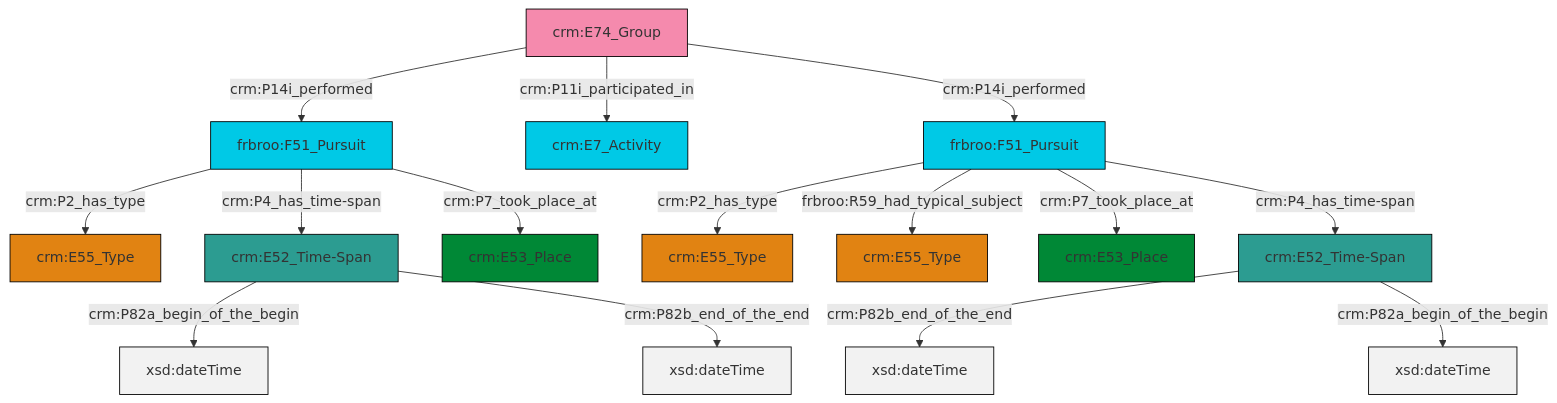
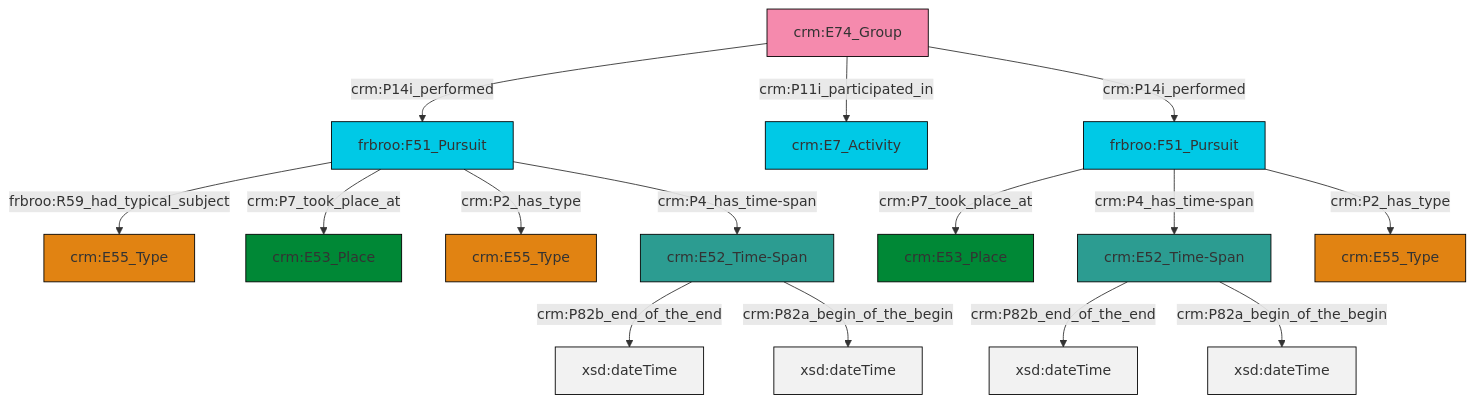
The diagram in et/groupCSV/ttl/mmd/group_events.ttl.mmd (swiss-art-research-net/docs.swissartresearch), drawn with Mermaid before and after one commit. The commit also changed 218 other files, not shown here.

```diff
--- a/et/groupCSV/ttl/mmd/group_events.ttl.mmd
+++ b/et/groupCSV/ttl/mmd/group_events.ttl.mmd
@@ -1,29 +1,29 @@
 graph TD
 classDef Literal fill:#f2f2f2,stroke:#000000;
 classDef CRM_Entity fill:#FFFFFF,stroke:#000000;
 classDef Temporal_Entity fill:#00C9E6, stroke:#000000;
 classDef Type fill:#E18312, stroke:#000000;
 classDef Time-Span fill:#2C9C91, stroke:#000000;
 classDef Appellation fill:#FFEB7F, stroke:#000000;
 classDef Place fill:#008836, stroke:#000000;
 classDef Persistent_Item fill:#B266B2, stroke:#000000;
 classDef Conceptual_Object fill:#FFD700, stroke:#000000;
 classDef Physical_Thing fill:#D2B48C, stroke:#000000;
 classDef Actor fill:#f58aad, stroke:#000000;
 classDef PC_Classes fill:#4ce600, stroke:#000000;
 classDef Multi fill:#cccccc,stroke:#000000;
 
-0["frbroo:F51_Pursuit"]:::Temporal_Entity -->|crm:P2_has_type| 1["crm:E55_Type"]:::Type
-4["crm:E74_Group"]:::Actor -->|crm:P14i_performed| 5["frbroo:F51_Pursuit"]:::Temporal_Entity
-6["crm:E52_Time-Span"]:::Time-Span -->|crm:P82a_begin_of_the_begin| 7[xsd:dateTime]:::Literal
-0["frbroo:F51_Pursuit"]:::Temporal_Entity -->|frbroo:R59_had_typical_subject| 8["crm:E55_Type"]:::Type
+0["crm:E52_Time-Span"]:::Time-Span -->|crm:P82b_end_of_the_end| 1[xsd:dateTime]:::Literal
+2["crm:E74_Group"]:::Actor -->|crm:P14i_performed| 3["frbroo:F51_Pursuit"]:::Temporal_Entity
+6["frbroo:F51_Pursuit"]:::Temporal_Entity -->|crm:P7_took_place_at| 4["crm:E53_Place"]:::Place
 9["crm:E52_Time-Span"]:::Time-Span -->|crm:P82b_end_of_the_end| 10[xsd:dateTime]:::Literal
-5["frbroo:F51_Pursuit"]:::Temporal_Entity -->|crm:P2_has_type| 2["crm:E55_Type"]:::Type
-9["crm:E52_Time-Span"]:::Time-Span -->|crm:P82a_begin_of_the_begin| 13[xsd:dateTime]:::Literal
-6["crm:E52_Time-Span"]:::Time-Span -->|crm:P82b_end_of_the_end| 14[xsd:dateTime]:::Literal
-0["frbroo:F51_Pursuit"]:::Temporal_Entity -->|crm:P7_took_place_at| 15["crm:E53_Place"]:::Place
-5["frbroo:F51_Pursuit"]:::Temporal_Entity -->|crm:P4_has_time-span| 6["crm:E52_Time-Span"]:::Time-Span
-5["frbroo:F51_Pursuit"]:::Temporal_Entity -->|crm:P7_took_place_at| 18["crm:E53_Place"]:::Place
-0["frbroo:F51_Pursuit"]:::Temporal_Entity -->|crm:P4_has_time-span| 9["crm:E52_Time-Span"]:::Time-Span
-4["crm:E74_Group"]:::Actor -->|crm:P11i_participated_in| 22["crm:E7_Activity"]:::Temporal_Entity
-4["crm:E74_Group"]:::Actor -->|crm:P14i_performed| 0["frbroo:F51_Pursuit"]:::Temporal_Entity
+3["frbroo:F51_Pursuit"]:::Temporal_Entity -->|frbroo:R59_had_typical_subject| 11["crm:E55_Type"]:::Type
+6["frbroo:F51_Pursuit"]:::Temporal_Entity -->|crm:P4_has_time-span| 9["crm:E52_Time-Span"]:::Time-Span
+2["crm:E74_Group"]:::Actor -->|crm:P11i_participated_in| 14["crm:E7_Activity"]:::Temporal_Entity
+9["crm:E52_Time-Span"]:::Time-Span -->|crm:P82a_begin_of_the_begin| 15[xsd:dateTime]:::Literal
+0["crm:E52_Time-Span"]:::Time-Span -->|crm:P82a_begin_of_the_begin| 16[xsd:dateTime]:::Literal
+2["crm:E74_Group"]:::Actor -->|crm:P14i_performed| 6["frbroo:F51_Pursuit"]:::Temporal_Entity
+6["frbroo:F51_Pursuit"]:::Temporal_Entity -->|crm:P2_has_type| 12["crm:E55_Type"]:::Type
+3["frbroo:F51_Pursuit"]:::Temporal_Entity -->|crm:P7_took_place_at| 21["crm:E53_Place"]:::Place
+3["frbroo:F51_Pursuit"]:::Temporal_Entity -->|crm:P2_has_type| 18["crm:E55_Type"]:::Type
+3["frbroo:F51_Pursuit"]:::Temporal_Entity -->|crm:P4_has_time-span| 0["crm:E52_Time-Span"]:::Time-Span
```
